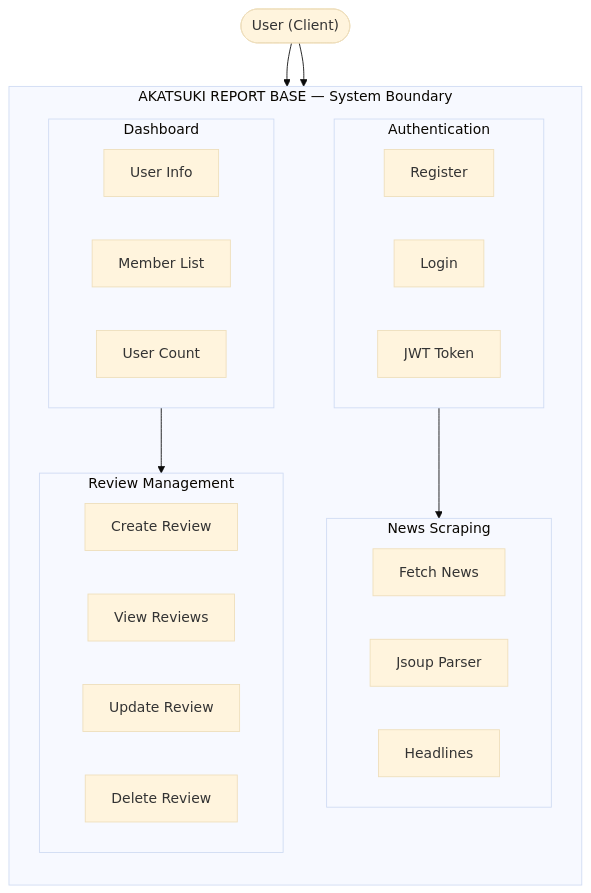
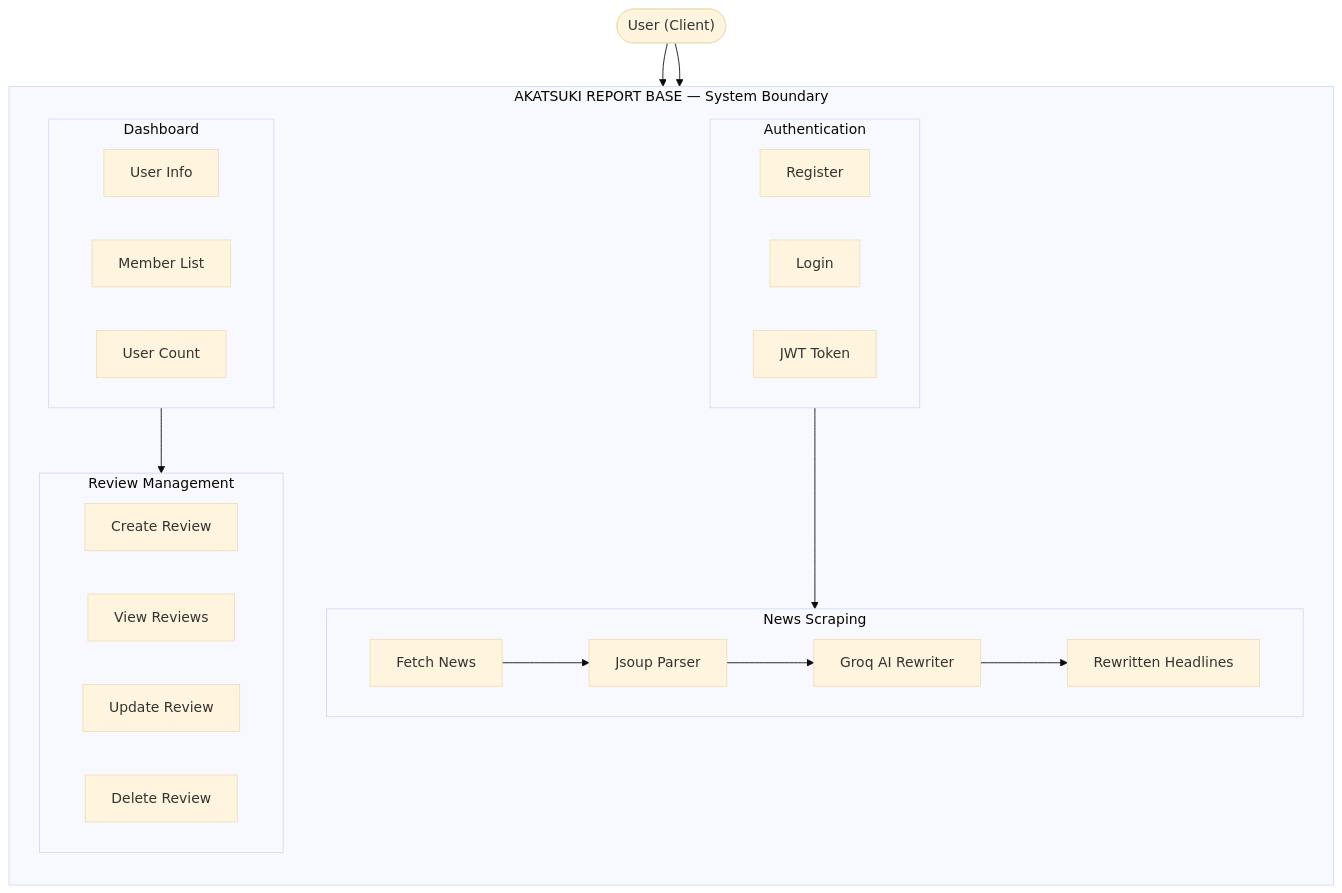
One commit to PAMARTHILVSIVANAGESWARARAO/AkatsukiReportBase changed the second of 5 diagrams in README.md. Above: the diagram before and after it, drawn with Mermaid (base theme). The commit also changed other lines of this file and 3 other files, not shown here.

````diff
--- a/README.md
+++ b/README.md
@@ -30,39 +32,41 @@
 ```mermaid
 flowchart TB
     User(["User (Client)"])
 
     subgraph SYS["AKATSUKI REPORT BASE — System Boundary"]
         direction TB
 
         subgraph AUTH["Authentication"]
             A1["Register"]
             A2["Login"]
             A3["JWT Token"]
         end
 
         subgraph DASH["Dashboard"]
             D1["User Info"]
             D2["Member List"]
             D3["User Count"]
         end
 
         subgraph NEWS["News Scraping"]
             N1["Fetch News"]
             N2["Jsoup Parser"]
-            N3["Headlines"]
+            N3["Groq AI Rewriter"]
+            N4["Rewritten Headlines"]
+            N1 --> N2 --> N3 --> N4
         end
 
         subgraph REV["Review Management"]
             R1["Create Review"]
             R2["View Reviews"]
             R3["Update Review"]
             R4["Delete Review"]
         end
 
         AUTH --> NEWS
         DASH --> REV
     end
 
     User --> AUTH
     User --> DASH
 ```
````
